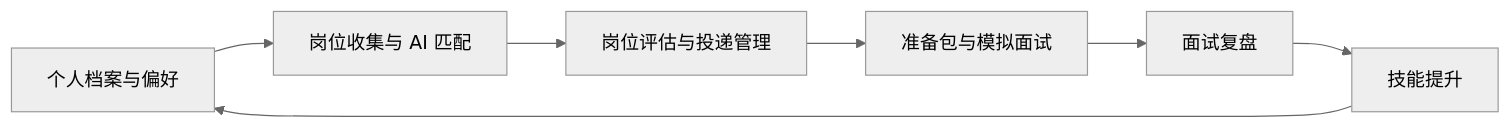
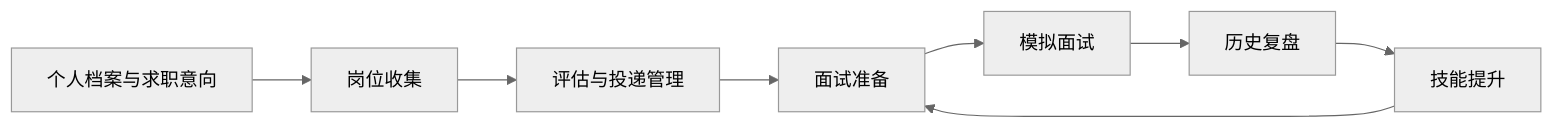
One commit to wenci233-bot/job-loop changed the diagram in README.md. Above: the diagram before and after it, drawn with Mermaid (neutral theme). The commit also changed other lines of this file and 22 other files, not shown here.

````diff
--- a/README.md
+++ b/README.md
@@ -35,9 +21,10 @@
 ```mermaid
 flowchart LR
-    A[个人档案与偏好] --> B[岗位收集与 AI 匹配]
-    B --> C[岗位评估与投递管理]
-    C --> D[准备包与模拟面试]
-    D --> E[面试复盘]
-    E --> F[技能提升]
-    F --> A
+    A[个人档案与求职意向] --> B[岗位收集]
+    B --> C[评估与投递管理]
+    C --> D[面试准备]
+    D --> E[模拟面试]
+    E --> F[历史复盘]
+    F --> G[技能提升]
+    G --> D
 ```
````
